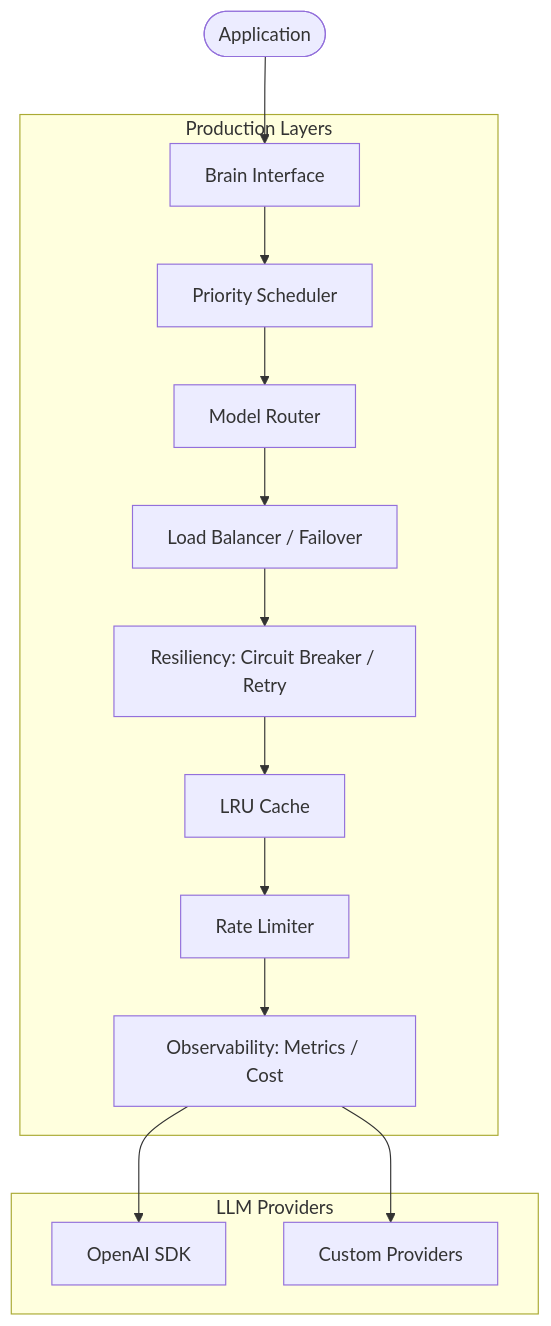
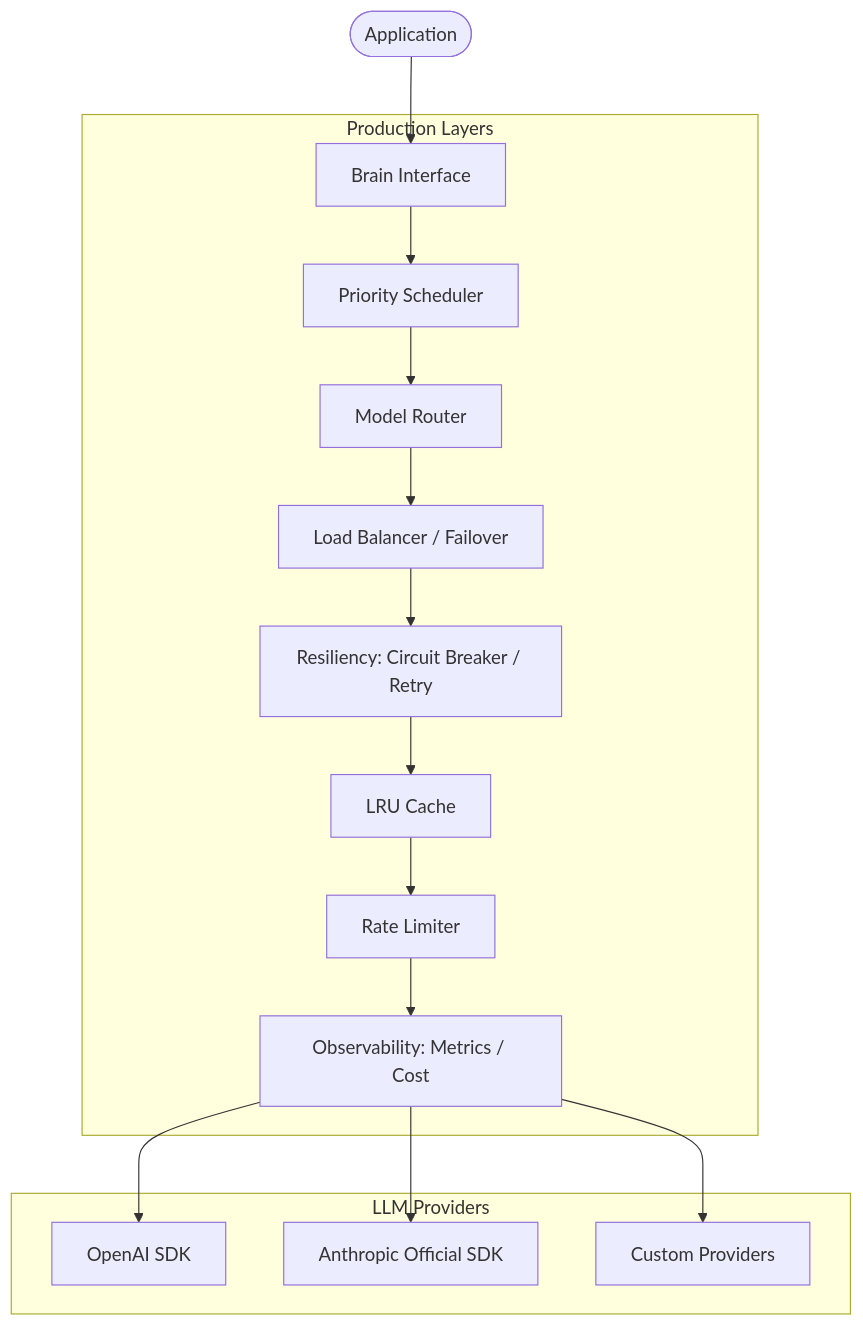
The diagram in brain/README.md (aaronwong1989/hotplex), drawn with Mermaid before and after one commit. The commit also changed other lines of this file and 16 other files, not shown here.

````diff
--- a/brain/README.md
+++ b/brain/README.md
@@ -9,19 +9,20 @@
 ```mermaid
 graph TD
     User([Application]) --> Inter[Brain Interface]
 
     subgraph Layers [Production Layers]
         Inter --> Priority[Priority Scheduler]
         Priority --> Router[Model Router]
         Router --> Balancer[Load Balancer / Failover]
         Balancer --> Resil[Resiliency: Circuit Breaker / Retry]
         Resil --> Cache[LRU Cache]
         Cache --> RL[Rate Limiter]
         RL --> Obs[Observability: Metrics / Cost]
     end
 
     subgraph Providers [LLM Providers]
         Obs --> OpenAI[OpenAI SDK]
+        Obs --> Anthropic[Anthropic Official SDK]
         Obs --> Custom[Custom Providers]
     end
 ```
````
